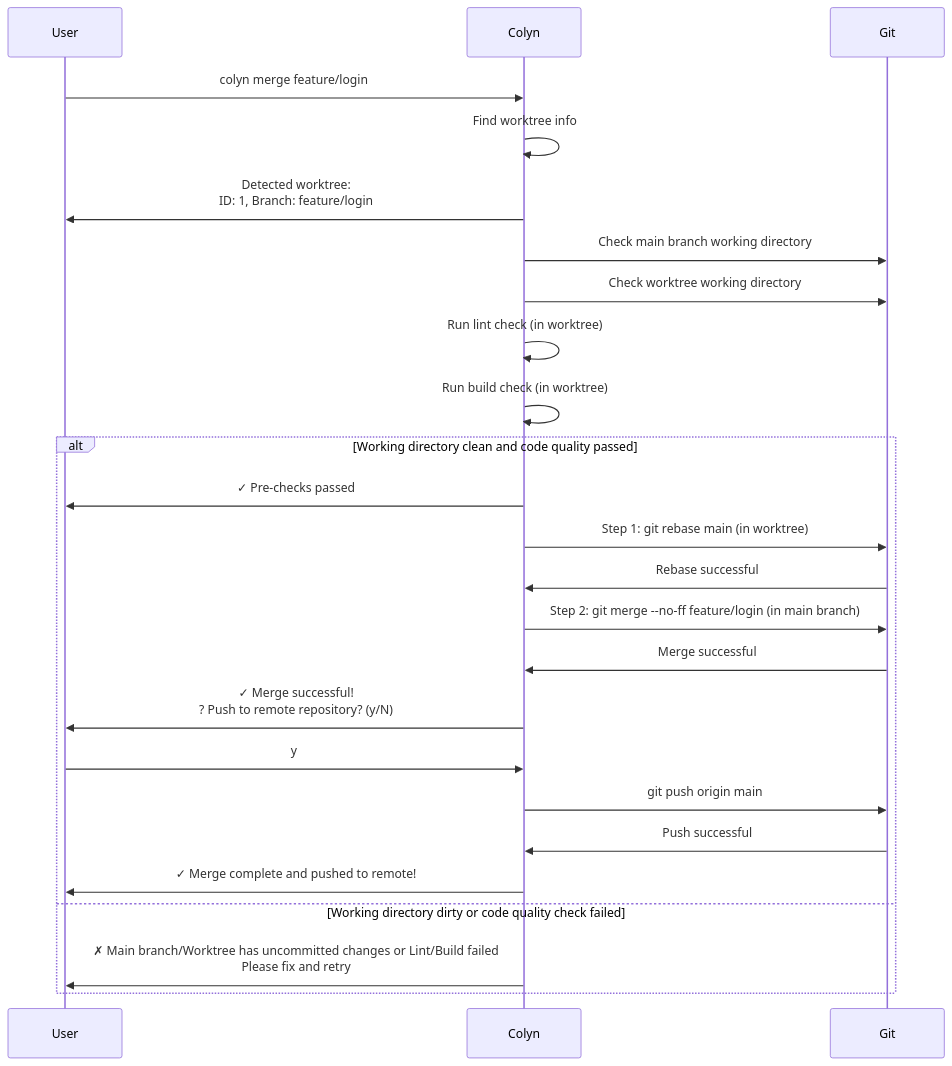
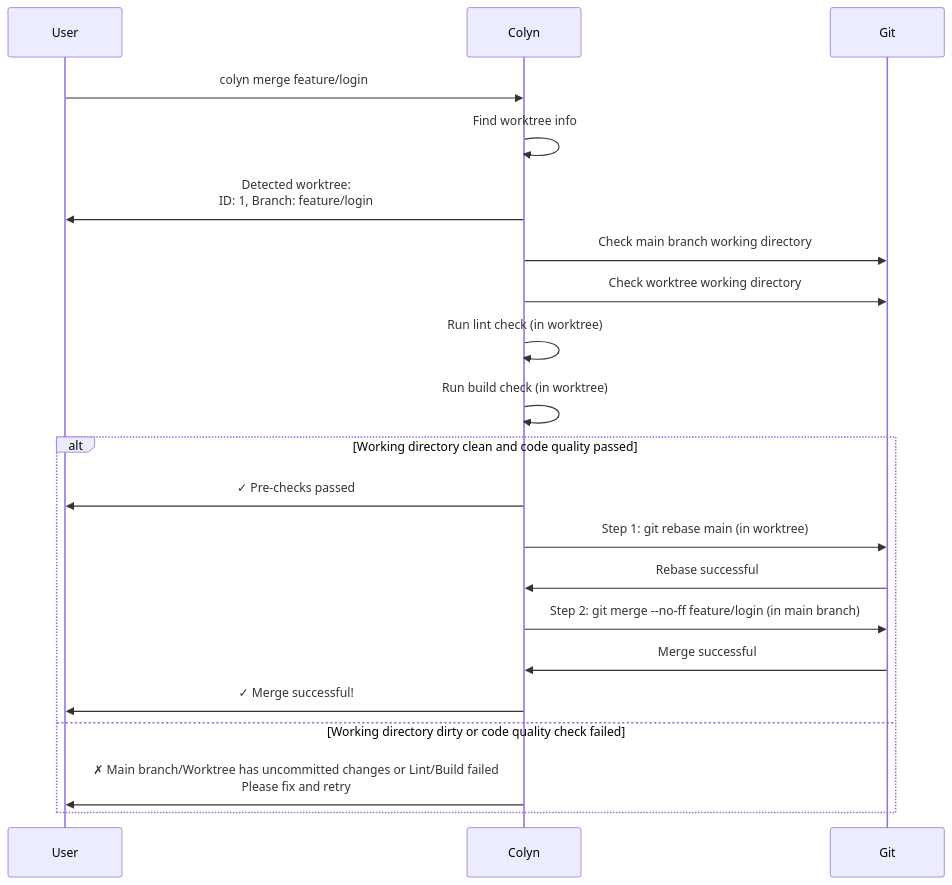
One commit to colin-han/colyn changed the first of 6 diagrams in docs/en/develop/design/commands/design-merge-command.md. Above: the diagram before and after it, drawn with Mermaid. The commit also changed other lines of this file and 6 other files, not shown here.

````diff
--- a/docs/en/develop/design/commands/design-merge-command.md
+++ b/docs/en/develop/design/commands/design-merge-command.md
@@ -46,30 +45,26 @@
 ```mermaid
 sequenceDiagram
     participant U as User
     participant C as Colyn
     participant G as Git
 
     U->>C: colyn merge feature/login
     C->>C: Find worktree info
     C->>U: Detected worktree:<br/>ID: 1, Branch: feature/login
 
     C->>G: Check main branch working directory
     C->>G: Check worktree working directory
     C->>C: Run lint check (in worktree)
     C->>C: Run build check (in worktree)
 
     alt Working directory clean and code quality passed
         C->>U: ✓ Pre-checks passed
         C->>G: Step 1: git rebase main (in worktree)
         G->>C: Rebase successful
         C->>G: Step 2: git merge --no-ff feature/login (in main branch)
         G->>C: Merge successful
-        C->>U: ✓ Merge successful!<br/>? Push to remote repository? (y/N)
-        U->>C: y
-        C->>G: git push origin main
-        G->>C: Push successful
-        C->>U: ✓ Merge complete and pushed to remote!
+        C->>U: ✓ Merge successful!
     else Working directory dirty or code quality check failed
         C->>U: ✗ Main branch/Worktree has uncommitted changes or Lint/Build failed<br/>Please fix and retry
     end
 ```
````
